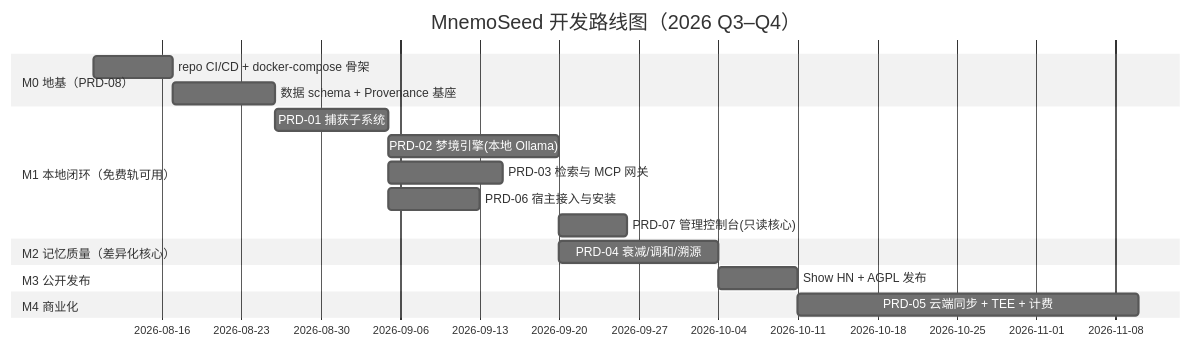
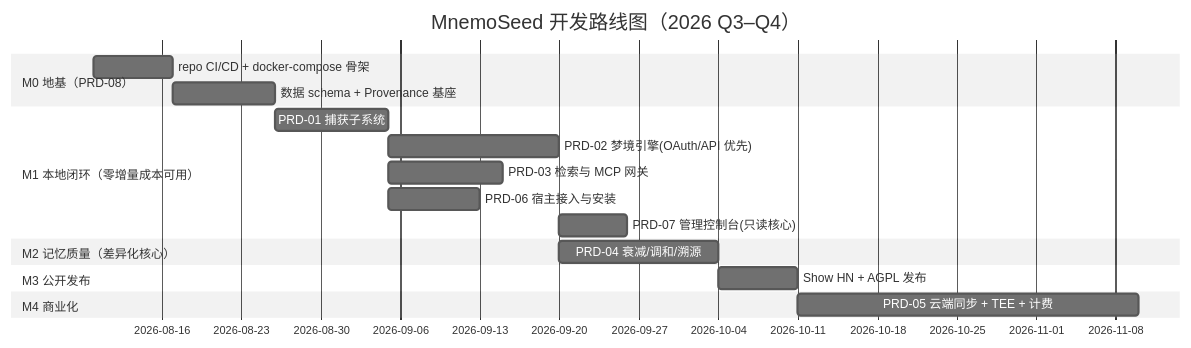
The diagram in docs/prd/PRD-00-路线图.md (MnemoSeed/mnemoseed), drawn with Mermaid (neutral theme) before and after one commit. The commit also changed other lines of this file and 7 other files, not shown here.

First line of the commit message:
docs: dream LLM default = OAuth/API-key first, local track demoted to advanced

````diff
--- a/docs/prd/PRD-00-路线图.md
+++ b/docs/prd/PRD-00-路线图.md
@@ -8,20 +8,20 @@
 ```mermaid
 gantt
     title MnemoSeed 开发路线图（2026 Q3–Q4）
     dateFormat  YYYY-MM-DD
     section M0 地基（PRD-08）
     repo CI/CD + docker-compose 骨架        :m0a, 2026-08-10, 7d
     数据 schema + Provenance 基座            :m0b, after m0a, 9d
-    section M1 本地闭环（免费轨可用）
+    section M1 本地闭环（零增量成本可用）
     PRD-01 捕获子系统                        :m1a, after m0b, 10d
-    PRD-02 梦境引擎(本地 Ollama)             :m1b, after m1a, 15d
+    PRD-02 梦境引擎(OAuth/API 优先)          :m1b, after m1a, 15d
     PRD-03 检索与 MCP 网关                   :m1c, after m1a, 10d
     PRD-06 宿主接入与安装                    :m1d, after m1a, 8d
     PRD-07 管理控制台(只读核心)              :m1e, after m1b, 6d
     section M2 记忆质量（差异化核心）
     PRD-04 衰减/调和/溯源                    :m2a, after m1b, 14d
     section M3 公开发布
     Show HN + AGPL 发布                      :m3a, after m2a, 7d
     section M4 商业化
     PRD-05 云端同步 + TEE + 计费             :m4a, after m3a, 30d
 ```
````
